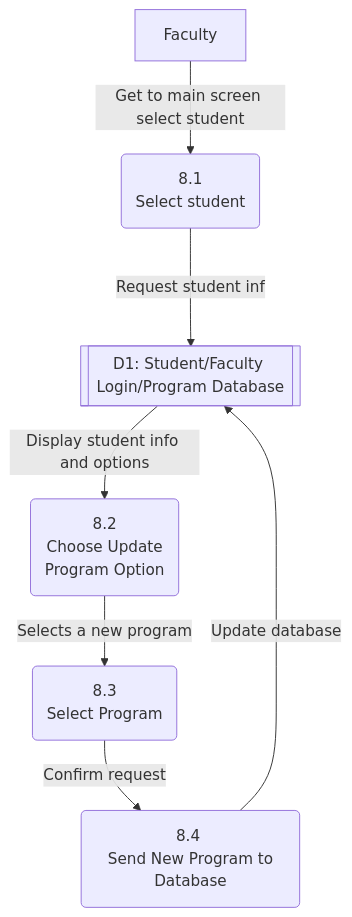
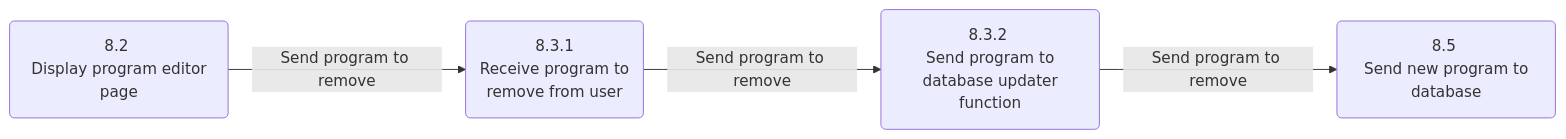
Before and after one commit to chengeu25/eNorthernPike: diagram 32 of 34 in System Proposal Template.md, drawn with Mermaid. The commit also changed other lines of this file, not shown here.

````diff
--- a/System Proposal Template.md
+++ b/System Proposal Template.md
@@ -587,18 +826,10 @@
 ```mermaid
-flowchart TD
+flowchart LR
 
-f[Faculty]
-d1[[D1: Student/Faculty Login/Program Database]]
-8.1(8.1 \n Select student)
-8.2(8.2 \n Choose Update \n Program Option)
-8.3(8.3 \n Select Program)
-8.4(8.4 \n Send New Program to Database)
+8.2(8.2 \n Display program editor page)
+8.5(8.5 \n Send new program to database)
+8.4.1(8.3.1 \n Receive program to \n remove from user)
+8.4.2(8.3.2 \n Send program to \n database updater function)
 
-f --Get to main screen select student--> 8.1
-8.1 --Request student info--> d1
-d1 --Display student info and options--> 8.2
-8.2 --Selects a new program--> 8.3
-8.3 --Confirm request--> 8.4
-8.4 --Update database--> d1
-
+8.2 --Send program to remove--> 8.4.1 --Send program to remove--> 8.4.2 --Send program to remove--> 8.5
 ```
````
